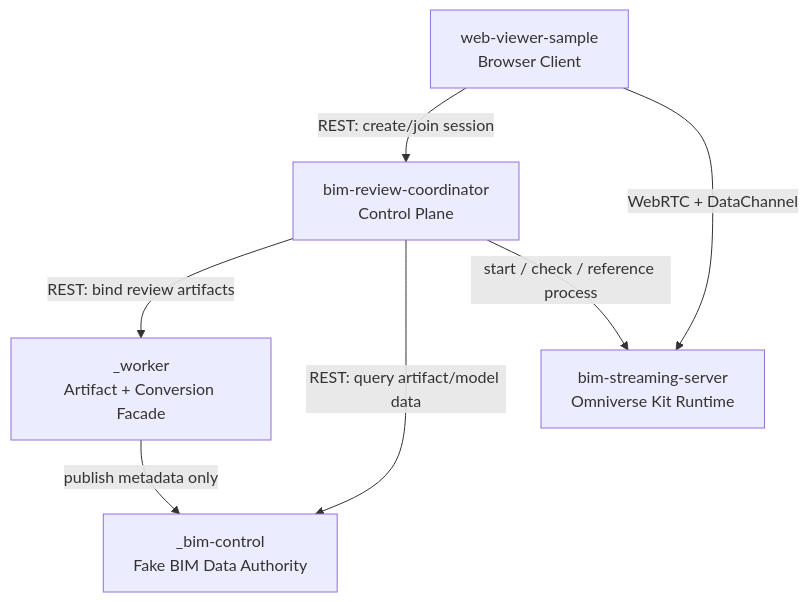
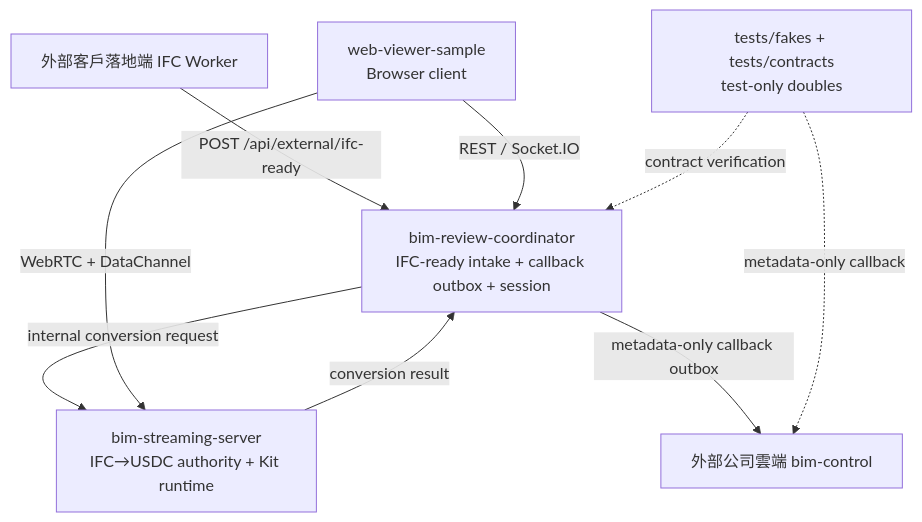
One commit to monkey1sai/AI-BIM-governance changed the diagram in CLAUDE.md. Above: the diagram before and after it, drawn with Mermaid. The commit also changed other lines of this file and 55 other files, not shown here.

Commit message:
fix(coordinator): 收斂 PR review 安全與 B 方案驗證缺口

````diff
--- a/CLAUDE.md
+++ b/CLAUDE.md
@@ -107,16 +65,18 @@
 ```mermaid
 flowchart TD
-  CO[bim-review-coordinator<br/>Control Plane]
+  EXTW[外部客戶落地端 IFC Worker]
+  CO[bim-review-coordinator<br/>IFC-ready intake + callback outbox + session]
+  KIT[bim-streaming-server<br/>IFC→USDC authority + Kit runtime]
+  CLOUD[外部公司雲端 bim-control]
+  WV[web-viewer-sample<br/>Browser client]
+  TESTS[tests/fakes + tests/contracts<br/>test-only doubles]
 
-  WK[_worker<br/>Artifact + Conversion Facade]
-  KIT[bim-streaming-server<br/>Omniverse Kit Runtime]
-  BC[_bim-control<br/>Fake BIM Data Authority]
-  WV[web-viewer-sample<br/>Browser Client]
-
-  CO -->|REST: bind review artifacts| WK
-  CO -->|REST: query artifact/model data| BC
-  CO -->|start / check / reference process| KIT
-  WV -->|REST: create/join session| CO
+  EXTW -->|POST /api/external/ifc-ready| CO
+  CO -->|internal conversion request| KIT
+  KIT -->|conversion result| CO
+  CO -->|metadata-only callback outbox| CLOUD
+  WV -->|REST / Socket.IO| CO
   WV -->|WebRTC + DataChannel| KIT
-  WK -->|publish metadata only| BC
+  TESTS -.contract verification.-> CO
+  TESTS -.metadata-only callback.-> CLOUD
 ```
````
